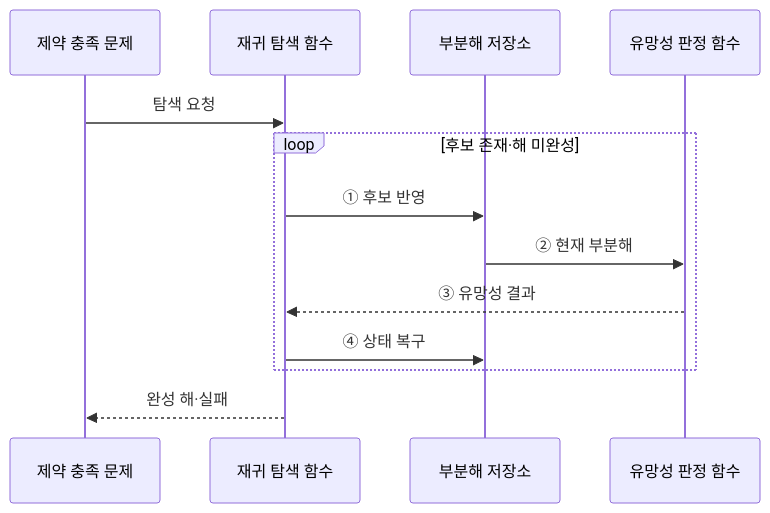
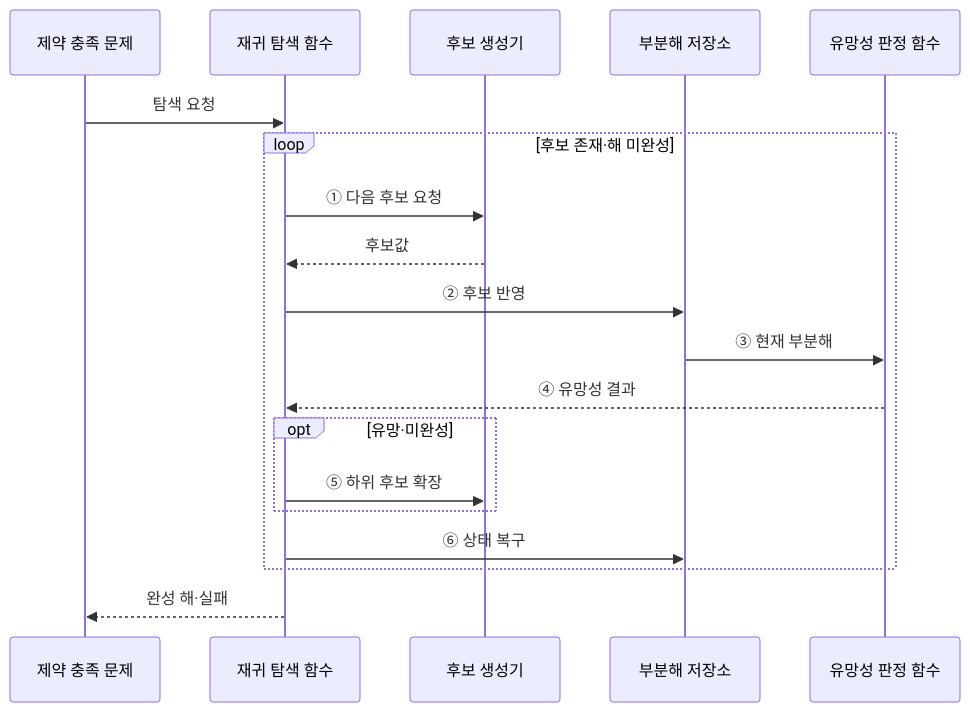
The second of 2 diagrams in src/content/docs/notes/01-basic-theory/016_backtracking.md (agnusdei1207/knowledge-base), drawn with Mermaid before and after one commit. The commit also changed other lines of this file and 16 other files, not shown here.

````diff
--- a/src/content/docs/notes/01-basic-theory/016_backtracking.md
+++ b/src/content/docs/notes/01-basic-theory/016_backtracking.md
@@ -79,15 +80,21 @@
 ```mermaid
 sequenceDiagram
     participant Q as 제약 충족 문제
     participant R as 재귀 탐색 함수
+    participant C as 후보 생성기
     participant P as 부분해 저장소
     participant V as 유망성 판정 함수
     Q->>R: 탐색 요청
     loop 후보 존재·해 미완성
-        R->>P: ① 후보 반영
-        P->>V: ② 현재 부분해
-        V-->>R: ③ 유망성 결과
-        R->>P: ④ 상태 복구
+        R->>C: ① 다음 후보 요청
+        C-->>R: 후보값
+        R->>P: ② 후보 반영
+        P->>V: ③ 현재 부분해
+        V-->>R: ④ 유망성 결과
+        opt 유망·미완성
+            R->>C: ⑤ 하위 후보 확장
+        end
+        R->>P: ⑥ 상태 복구
     end
     R-->>Q: 완성 해·실패
 ```
````
